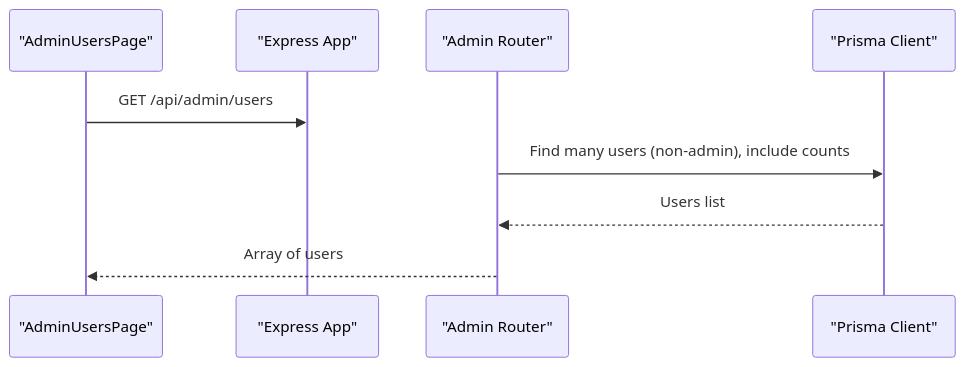
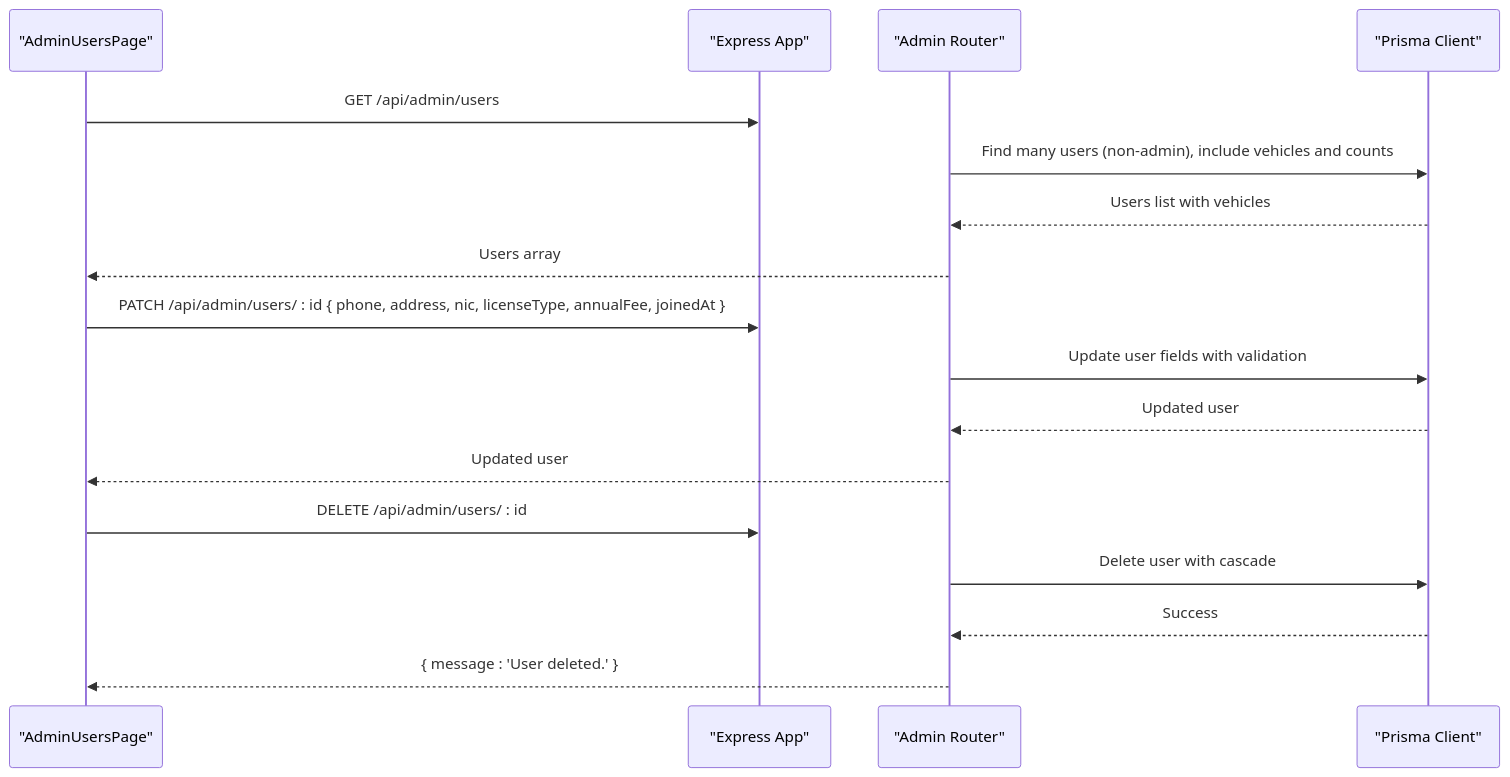
The fifth of 12 diagrams in .qoder/repowiki/en/content/Backend Documentation/API Endpoints Reference/Administrative Endpoints.md (NaveenHiranya/Smart-Vehicle-Insurance-Claim-System), drawn with Mermaid before and after one commit. The commit also changed other lines of this file and 45 other files, not shown here.

````diff
--- a/.qoder/repowiki/en/content/Backend Documentation/API Endpoints Reference/Administrative Endpoints.md
+++ b/.qoder/repowiki/en/content/Backend Documentation/API Endpoints Reference/Administrative Endpoints.md
@@ -189,11 +205,19 @@
 ```mermaid
 sequenceDiagram
 participant FE as "AdminUsersPage"
 participant API as "Express App"
 participant AR as "Admin Router"
 participant DB as "Prisma Client"
 FE->>API : GET /api/admin/users
-AR->>DB : Find many users (non-admin), include counts
-DB-->>AR : Users list
-AR-->>FE : Array of users
+AR->>DB : Find many users (non-admin), include vehicles and counts
+DB-->>AR : Users list with vehicles
+AR-->>FE : Users array
+FE->>API : PATCH /api/admin/users/ : id { phone, address, nic, licenseType, annualFee, joinedAt }
+AR->>DB : Update user fields with validation
+DB-->>AR : Updated user
+AR-->>FE : Updated user
+FE->>API : DELETE /api/admin/users/ : id
+AR->>DB : Delete user with cascade
+DB-->>AR : Success
+AR-->>FE : { message : 'User deleted.' }
 ```
````
